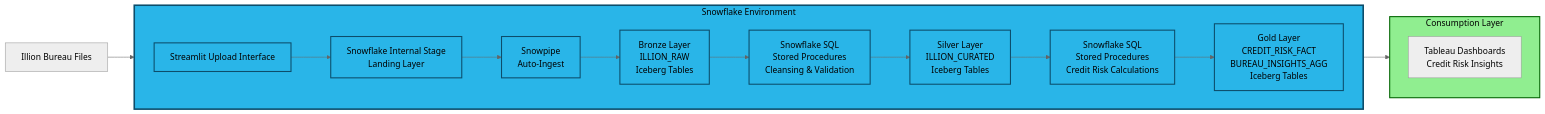
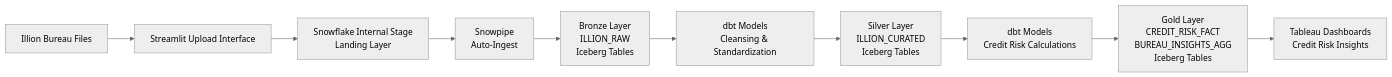
One commit to sfc-gh-mhindi/REPO_CBA changed diagram 13 of 19 in 15-BB-QPD Future State/QPD - Future State.md. Above: the diagram before and after it, drawn with Mermaid (neutral theme). The commit also changed other lines of this file, not shown here.

````diff
--- a/15-BB-QPD Future State/QPD - Future State.md
+++ b/15-BB-QPD Future State/QPD - Future State.md
@@ -1628,41 +1380,12 @@
 ```mermaid
 graph LR
-    subgraph Snowflake["Snowflake Environment"]
-        direction LR
-        Streamlit[Streamlit Upload Interface]
-        Internal[Snowflake Internal Stage<br/>Landing Layer]
-        Snowpipe[Snowpipe<br/>Auto-Ingest]
-        Bronze[Bronze Layer<br/>ILLION_RAW<br/>Iceberg Tables]
-        Transform_SP[Snowflake SQL<br/>Stored Procedures<br/>Cleansing & Validation]
-        Silver[Silver Layer<br/>ILLION_CURATED<br/>Iceberg Tables]
-        Transform_SP_Gold[Snowflake SQL<br/>Stored Procedures<br/>Credit Risk Calculations]
-        Gold[Gold Layer<br/>CREDIT_RISK_FACT<br/>BUREAU_INSIGHTS_AGG<br/>Iceberg Tables]
-        
-        Streamlit --> Internal
-        Internal --> Snowpipe
-        Snowpipe --> Bronze
-        Bronze --> Transform_SP
-        Transform_SP --> Silver
-        Silver --> Transform_SP_Gold
-        Transform_SP_Gold --> Gold
-    end
-    
-    subgraph Consumption["Consumption Layer"]
-        direction TB
-        Tableau[Tableau Dashboards<br/>Credit Risk Insights]
-    end
-    
-    Source[Illion Bureau Files] --> Streamlit
-    Gold --> Tableau
-    
-    style Snowflake fill:#29b5e8,stroke:#0c4d6b,stroke-width:3px,color:#000
-    style Consumption fill:#90ee90,stroke:#006400,stroke-width:2px,color:#000
-    style Streamlit fill:#29b5e8,stroke:#0c4d6b,stroke-width:2px,color:#000
-    style Internal fill:#29b5e8,stroke:#0c4d6b,stroke-width:2px,color:#000
-    style Snowpipe fill:#29b5e8,stroke:#0c4d6b,stroke-width:2px,color:#000
-    style Bronze fill:#29b5e8,stroke:#0c4d6b,stroke-width:2px,color:#000
-    style Transform_SP fill:#29b5e8,stroke:#0c4d6b,stroke-width:2px,color:#000
-    style Silver fill:#29b5e8,stroke:#0c4d6b,stroke-width:2px,color:#000
-    style Transform_SP_Gold fill:#29b5e8,stroke:#0c4d6b,stroke-width:2px,color:#000
-    style Gold fill:#29b5e8,stroke:#0c4d6b,stroke-width:2px,color:#000
+    Source[Illion Bureau Files] --> Streamlit[Streamlit Upload Interface]
+    Streamlit --> Internal[Snowflake Internal Stage<br/>Landing Layer]
+    Internal --> Snowpipe[Snowpipe<br/>Auto-Ingest]
+    Snowpipe --> Bronze[Bronze Layer<br/>ILLION_RAW<br/>Iceberg Tables]
+    Bronze --> dbt_silver[dbt Models<br/>Cleansing & Standardization]
+    dbt_silver --> Silver[Silver Layer<br/>ILLION_CURATED<br/>Iceberg Tables]
+    Silver --> dbt_gold[dbt Models<br/>Credit Risk Calculations]
+    dbt_gold --> Gold[Gold Layer<br/>CREDIT_RISK_FACT<br/>BUREAU_INSIGHTS_AGG<br/>Iceberg Tables]
+    Gold --> Tableau[Tableau Dashboards<br/>Credit Risk Insights]
 ```
````
